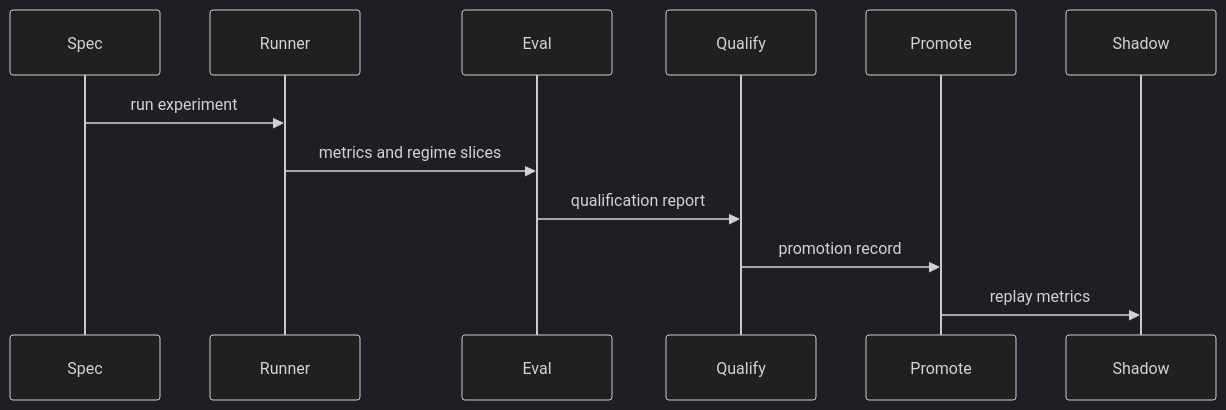
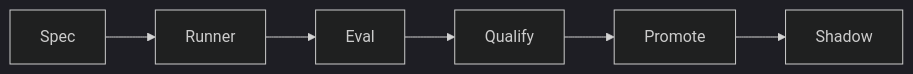
Before and after one commit to skyliquid22/Quanto: the third of 3 diagrams in README.md, drawn with Mermaid (dark theme). The commit also changed other lines of this file, not shown here.

Commit message:
fix: use simplest mermaid syntax

````diff
--- a/README.md
+++ b/README.md
@@ -174,14 +174,8 @@
 ```mermaid
-sequenceDiagram
-    participant Spec
-    participant Runner
-    participant Eval
-    participant Qualify
-    participant Promote
-    participant Shadow
-    Spec->>Runner: run experiment
-    Runner->>Eval: metrics and regime slices
-    Eval->>Qualify: qualification report
-    Qualify->>Promote: promotion record
-    Promote->>Shadow: replay metrics
+graph LR;
+    Spec[Spec] --> Runner[Runner];
+    Runner --> Eval[Eval];
+    Eval --> Qualify[Qualify];
+    Qualify --> Promote[Promote];
+    Promote --> Shadow[Shadow];
 ```
````
